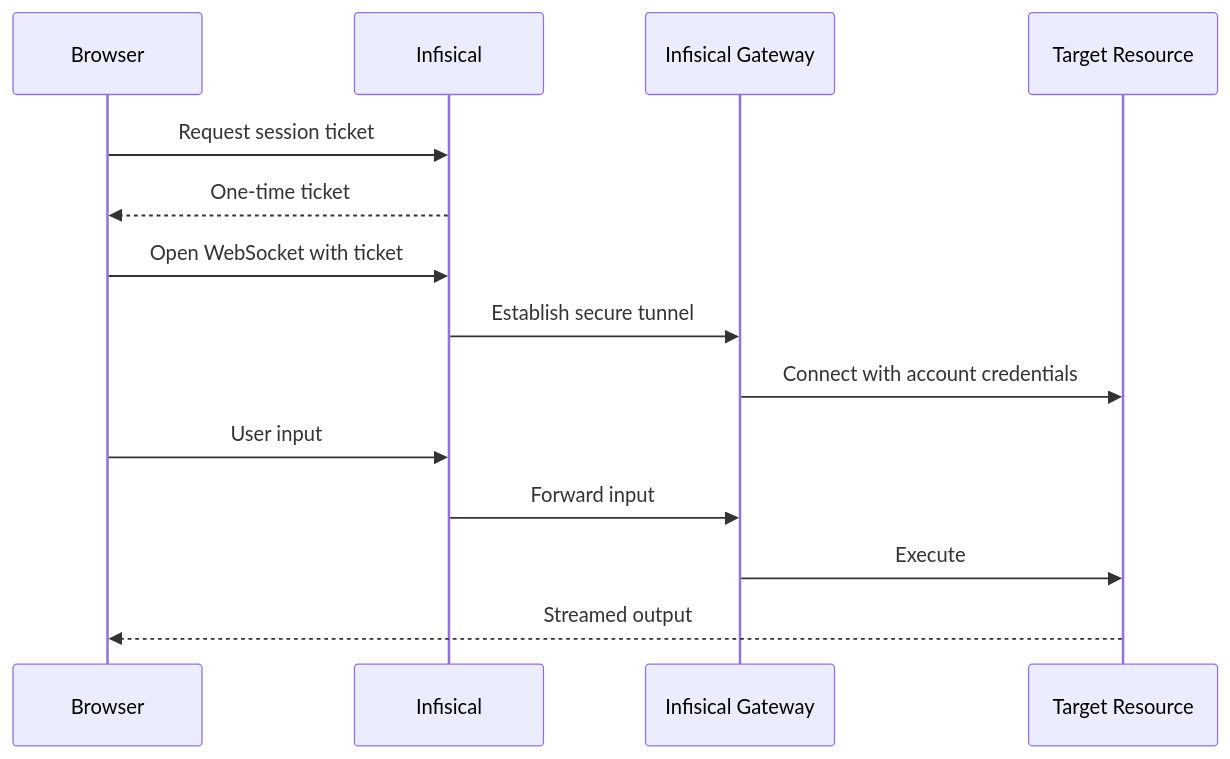
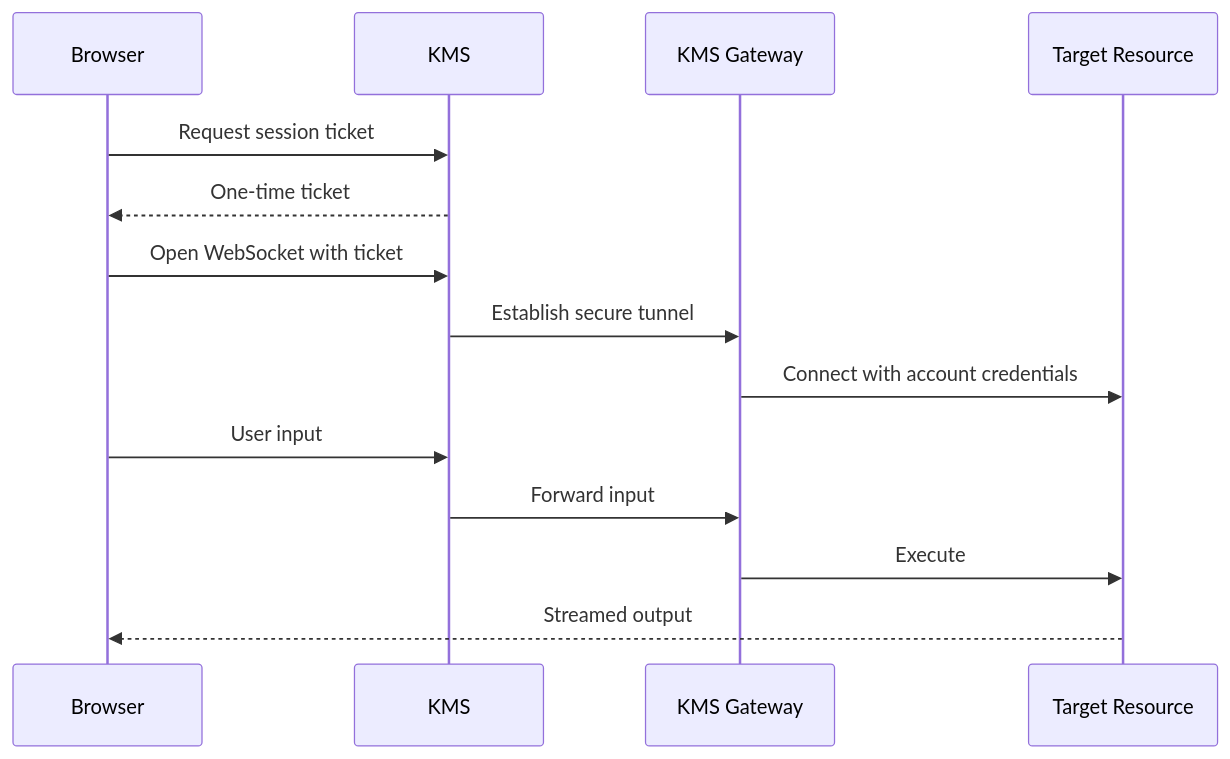
The diagram in docs/documentation/platform/pam/product-reference/web-access/overview.mdx (hanzoai/kms), drawn with Mermaid before and after one commit. The commit also changed other lines of this file and 41 other files, not shown here.

````diff
--- a/docs/documentation/platform/pam/product-reference/web-access/overview.mdx
+++ b/docs/documentation/platform/pam/product-reference/web-access/overview.mdx
@@ -17,17 +17,17 @@
 ```mermaid
 sequenceDiagram
     participant Browser
-    participant Infisical
-    participant Gateway as Infisical Gateway
+    participant KMS
+    participant Gateway as KMS Gateway
     participant Resource as Target Resource
 
-    Browser->>Infisical: Request session ticket
-    Infisical-->>Browser: One-time ticket
-    Browser->>Infisical: Open WebSocket with ticket
-    Infisical->>Gateway: Establish secure tunnel
+    Browser->>KMS: Request session ticket
+    KMS-->>Browser: One-time ticket
+    Browser->>KMS: Open WebSocket with ticket
+    KMS->>Gateway: Establish secure tunnel
     Gateway->>Resource: Connect with account credentials
-    Browser->>Infisical: User input
-    Infisical->>Gateway: Forward input
+    Browser->>KMS: User input
+    KMS->>Gateway: Forward input
     Gateway->>Resource: Execute
     Resource-->>Browser: Streamed output
 ```
````
